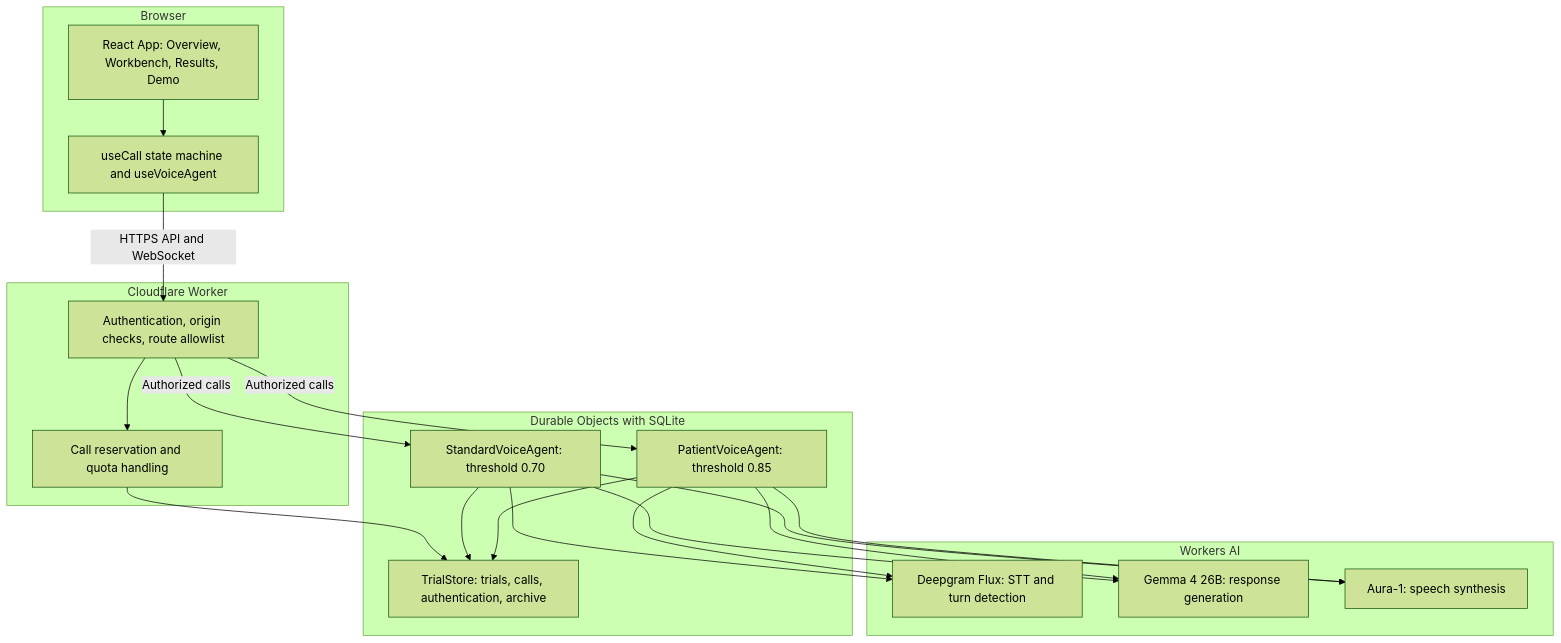
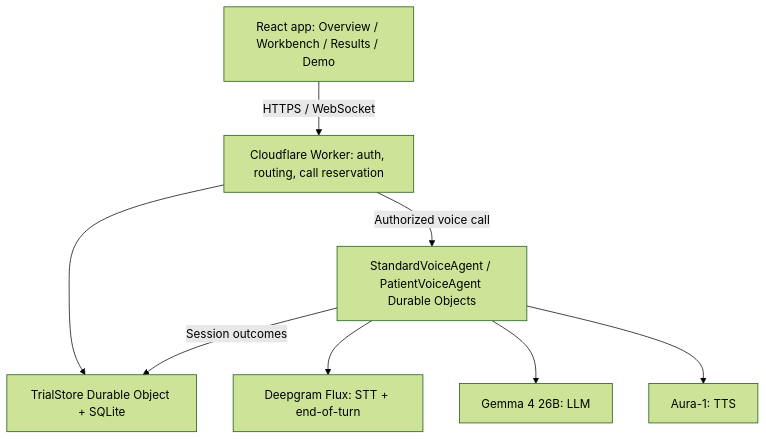
The diagram in README.md (Dakshkumar24/pacelab), drawn with Mermaid (forest theme) before and after one commit. The commit also changed other lines of this file, not shown here.

````diff
--- a/README.md
+++ b/README.md
@@ -207,42 +138,17 @@
 ```mermaid
 flowchart TB
-  subgraph Browser
-    UI["React App: Overview, Workbench, Results, Demo"]
-    Hook["useCall state machine and useVoiceAgent"]
-  end
-
-  subgraph Worker["Cloudflare Worker"]
-    Gate["Authentication, origin checks, route allowlist"]
-    Reserve["Call reservation and quota handling"]
-  end
-
-  subgraph Storage["Durable Objects with SQLite"]
-    Store["TrialStore: trials, calls, authentication, archive"]
-    Standard["StandardVoiceAgent: threshold 0.70"]
-    Patient["PatientVoiceAgent: threshold 0.85"]
-  end
-
-  subgraph AI["Workers AI"]
-    Flux["Deepgram Flux: STT and turn detection"]
-    Gemma["Gemma 4 26B: response generation"]
-    Aura["Aura-1: speech synthesis"]
-  end
-
-  UI --> Hook
-  Hook -->|"HTTPS API and WebSocket"| Gate
-  Gate --> Reserve
-  Reserve --> Store
-  Gate -->|"Authorized calls"| Standard
-  Gate -->|"Authorized calls"| Patient
-
-  Standard --> Flux
-  Standard --> Gemma
-  Standard --> Aura
-
-  Patient --> Flux
-  Patient --> Gemma
-  Patient --> Aura
-
-  Standard --> Store
-  Patient --> Store
+  B["React app: Overview / Workbench / Results / Demo"]
+  W["Cloudflare Worker: auth, routing, call reservation"]
+  S["TrialStore Durable Object + SQLite"]
+  A["StandardVoiceAgent / PatientVoiceAgent Durable Objects"]
+  F["Deepgram Flux: STT + end-of-turn"]
+  L["Gemma 4 26B: LLM"]
+  T["Aura-1: TTS"]
+  B -->|"HTTPS / WebSocket"| W
+  W --> S
+  W -->|"Authorized voice call"| A
+  A --> F
+  A --> L
+  A --> T
+  A -->|"Session outcomes"| S
 ```
````
